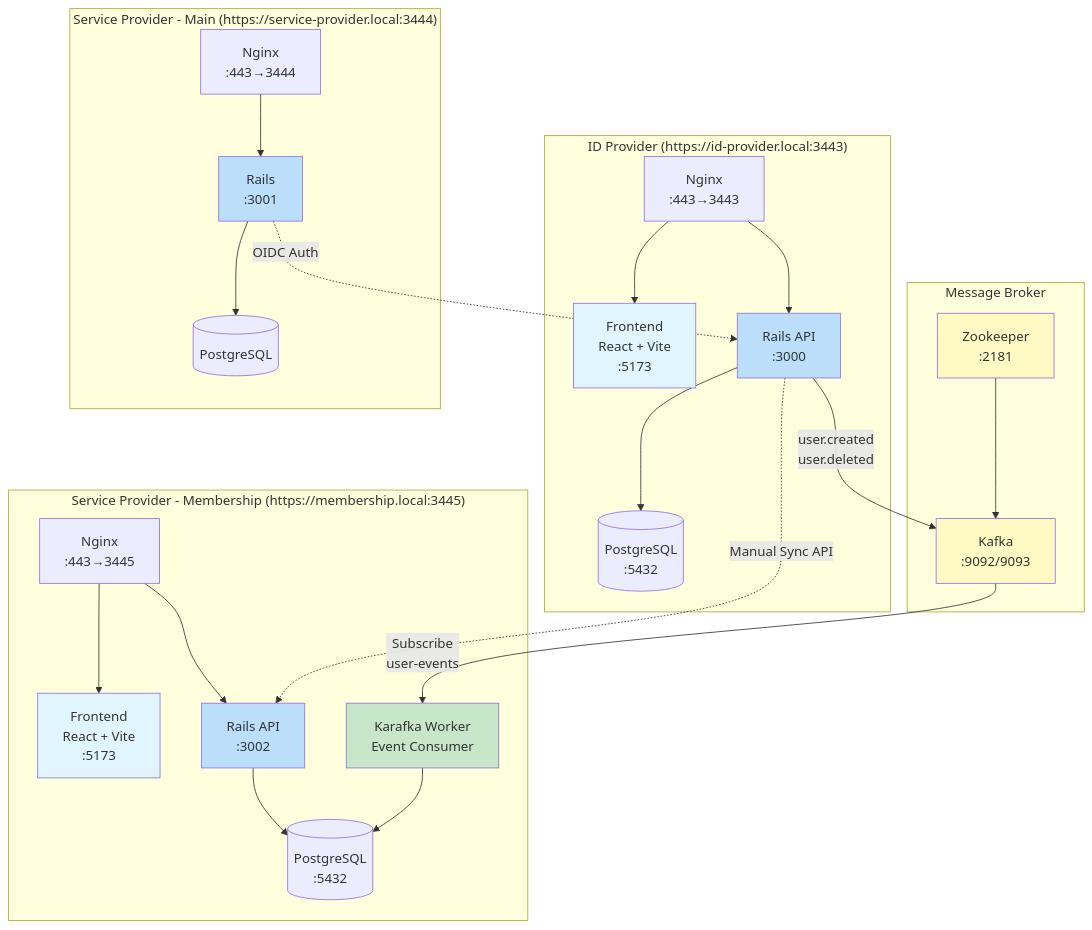
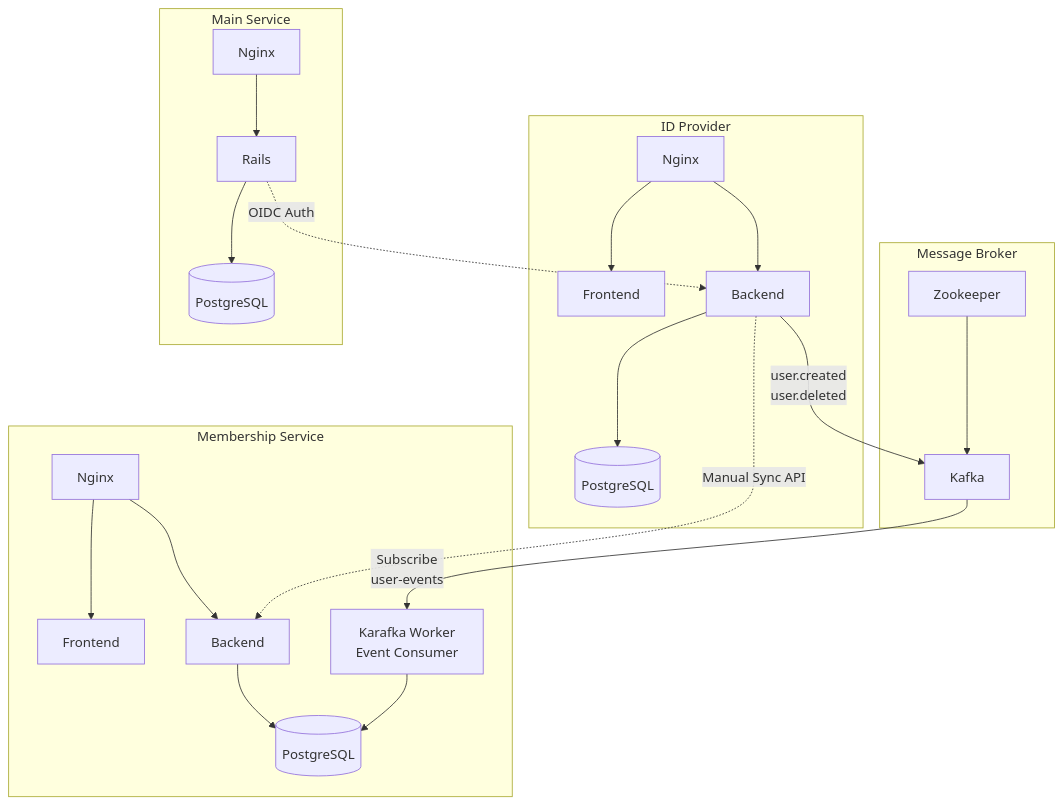
One commit to bond-kaneko/zero-auth changed the diagram in README.md. Above: the diagram before and after it, drawn with Mermaid.

Commit message:
Refactor README.md for improved clarity and service descriptions
- Simplified service descriptions in the architecture diagram for the ID Provider, Message Broker, Main Service, and Membership Service.
- Removed specific port and URL details for a cleaner presentation.
- Enhanced readability by streamlining the visual representation of services and their interactions.

````diff
--- a/README.md
+++ b/README.md
@@ -53,60 +53,51 @@
 ```mermaid
 graph TB
-    subgraph "ID Provider (https://id-provider.local:3443)"
-        IDP_FE[Frontend<br/>React + Vite<br/>:5173]
-        IDP_API[Rails API<br/>:3000]
-        IDP_DB[(PostgreSQL<br/>:5432)]
-        IDP_NGINX[Nginx<br/>:443→3443]
+    subgraph "ID Provider"
+        IDP_FE[Frontend]
+        IDP_API[Backend]
+        IDP_DB[(PostgreSQL)]
+        IDP_NGINX[Nginx]
 
         IDP_NGINX --> IDP_FE
         IDP_NGINX --> IDP_API
         IDP_API --> IDP_DB
     end
 
     subgraph "Message Broker"
-        ZK[Zookeeper<br/>:2181]
-        KAFKA[Kafka<br/>:9092/9093]
+        ZK[Zookeeper]
+        KAFKA[Kafka]
         ZK --> KAFKA
     end
 
-    subgraph "Service Provider - Main (https://service-provider.local:3444)"
-        MAIN_API[Rails<br/>:3001]
+    subgraph "Main Service"
+        MAIN_API[Rails]
         MAIN_DB[(PostgreSQL)]
-        MAIN_NGINX[Nginx<br/>:443→3444]
+        MAIN_NGINX[Nginx]
 
         MAIN_NGINX --> MAIN_API
         MAIN_API --> MAIN_DB
     end
 
-    subgraph "Service Provider - Membership (https://membership.local:3445)"
-        MEM_FE[Frontend<br/>React + Vite<br/>:5173]
-        MEM_API[Rails API<br/>:3002]
+    subgraph "Membership Service"
+        MEM_FE[Frontend]
+        MEM_API[Backend]
         MEM_WORKER[Karafka Worker<br/>Event Consumer]
-        MEM_DB[(PostgreSQL<br/>:5432)]
-        MEM_NGINX[Nginx<br/>:443→3445]
+        MEM_DB[(PostgreSQL)]
+        MEM_NGINX[Nginx]
 
         MEM_NGINX --> MEM_FE
         MEM_NGINX --> MEM_API
         MEM_API --> MEM_DB
         MEM_WORKER --> MEM_DB
     end
 
     %% OIDC認証フロー
     MAIN_API -.OIDC Auth.-> IDP_API
 
     %% イベント駆動フロー
     IDP_API -->|user.created<br/>user.deleted| KAFKA
     KAFKA -->|Subscribe<br/>user-events| MEM_WORKER
 
     %% User管理
     IDP_API -.Manual Sync API.-> MEM_API
-
-    style IDP_FE fill:#e1f5ff
-    style IDP_API fill:#bbdefb
-    style MEM_FE fill:#e1f5ff
-    style MEM_API fill:#bbdefb
-    style MEM_WORKER fill:#c8e6c9
-    style MAIN_API fill:#bbdefb
-    style KAFKA fill:#fff9c4
-    style ZK fill:#fff9c4
 ```
````
